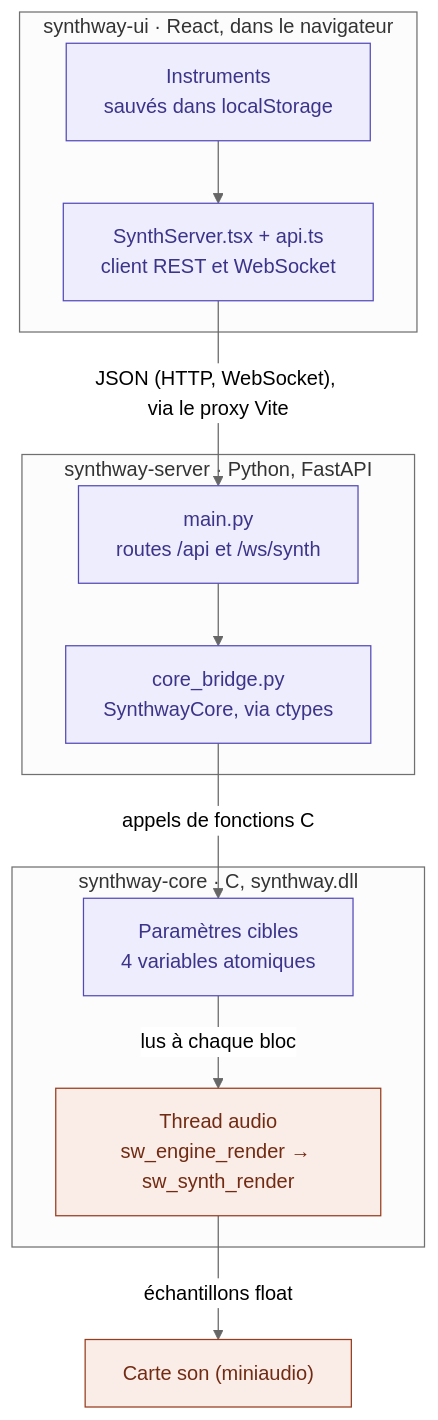
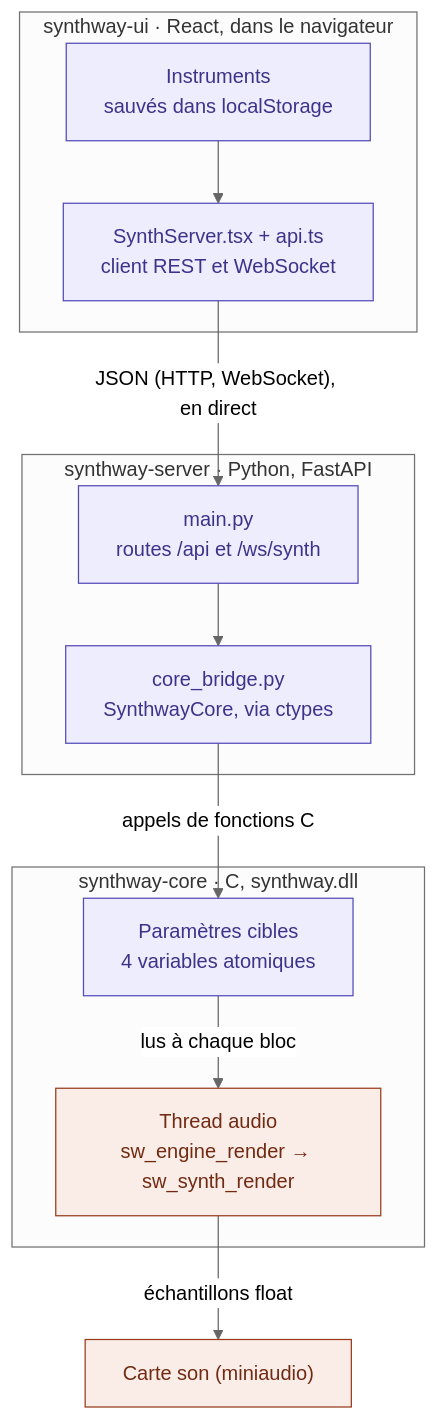
Before and after one commit to ArthurCovanov/Synthway: the first of 3 diagrams in docs/architecture.md, drawn with Mermaid (neutral theme). The commit also changed other lines of this file and 45 other files, not shown here.

````diff
--- a/docs/architecture.md
+++ b/docs/architecture.md
@@ -9,29 +9,29 @@
 ```mermaid
 flowchart TB
     subgraph UI ["synthway-ui · React, dans le navigateur"]
         Instruments["Instruments<br/>sauvés dans localStorage"]
         Client["SynthServer.tsx + api.ts<br/>client REST et WebSocket"]
         Instruments --> Client
     end
 
     subgraph Server ["synthway-server · Python, FastAPI"]
         Routes["main.py<br/>routes /api et /ws/synth"]
         Bridge["core_bridge.py<br/>SynthwayCore, via ctypes"]
         Routes --> Bridge
     end
 
     subgraph Core ["synthway-core · C, synthway.dll"]
         Params["Paramètres cibles<br/>4 variables atomiques"]
         Audio["Thread audio<br/>sw_engine_render → sw_synth_render"]
         Params -->|lus à chaque bloc| Audio
     end
 
-    Client -->|"JSON (HTTP, WebSocket), via le proxy Vite"| Routes
+    Client -->|"JSON (HTTP, WebSocket), en direct"| Routes
     Bridge -->|appels de fonctions C| Params
     Audio -->|échantillons float| Card["Carte son (miniaudio)"]
 
     classDef cmd fill:#EEEDFE,stroke:#534AB7,color:#3C3489
     classDef sig fill:#FAECE7,stroke:#993C1D,color:#712B13
     class Instruments,Client,Routes,Bridge,Params cmd
     class Audio,Card sig
 ```
````
